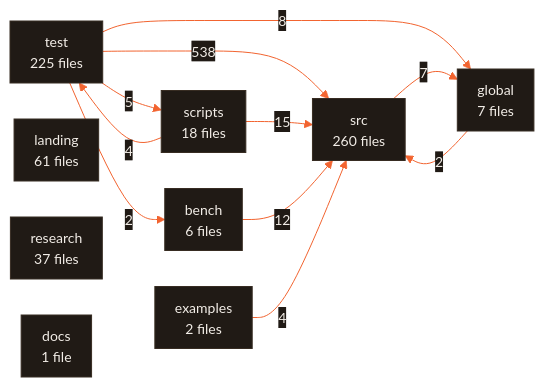
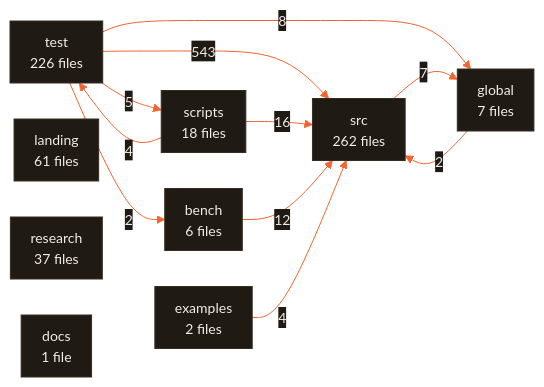
One commit to CodeWithJuber/forgekit changed the diagram in ARCHITECTURE.md. Above: the diagram before and after it, drawn with Mermaid. The commit also changed 42 other files, not shown here.

````diff
--- a/ARCHITECTURE.md
+++ b/ARCHITECTURE.md
@@ -630,23 +630,23 @@
 ```mermaid
 %%{init: {'theme':'base','themeVariables':{'primaryColor':'#201a15','primaryTextColor':'#f2ede7','primaryBorderColor':'#372c22','lineColor':'#f26430','secondaryColor':'#272019','tertiaryColor':'#171310','edgeLabelBackground':'#201a15','clusterBkg':'#171310','clusterBorder':'#4a3b2e','fontFamily':'ui-sans-serif, system-ui, sans-serif','fontSize':'14px'},'flowchart':{'curve':'basis','padding':10,'nodeSpacing':36,'rankSpacing':44}}}%%
 flowchart LR
-  src["src<br/>260 files"]
-  test["test<br/>225 files"]
+  src["src<br/>262 files"]
+  test["test<br/>226 files"]
   landing["landing<br/>61 files"]
   research["research<br/>37 files"]
   scripts["scripts<br/>18 files"]
   global["global<br/>7 files"]
   bench["bench<br/>6 files"]
   examples["examples<br/>2 files"]
   docs["docs<br/>1 file"]
-  test -- 538 --> src
-  scripts -- 15 --> src
+  test -- 543 --> src
+  scripts -- 16 --> src
   bench -- 12 --> src
   test -- 8 --> global
   src -- 7 --> global
   test -- 5 --> scripts
   examples -- 4 --> src
   scripts -- 4 --> test
   global -- 2 --> src
   test -- 2 --> bench
 ```
````
